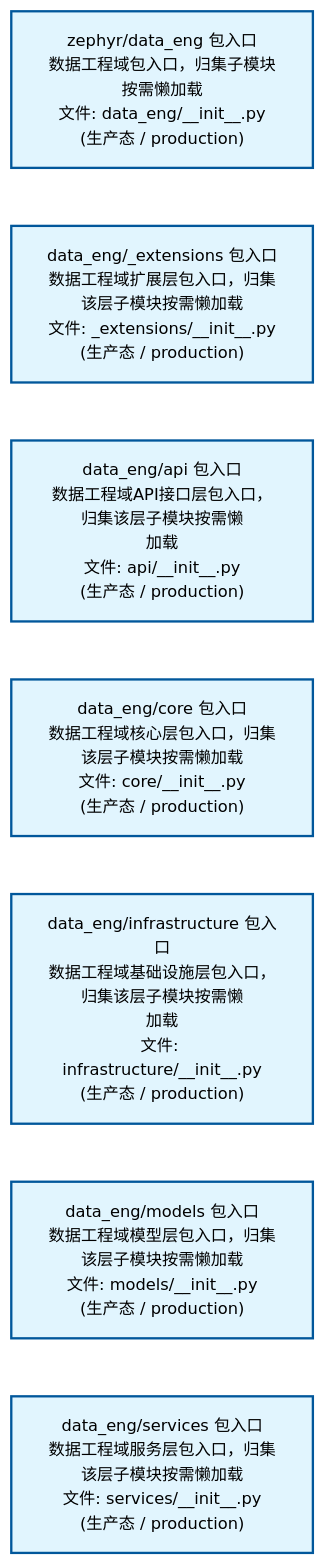
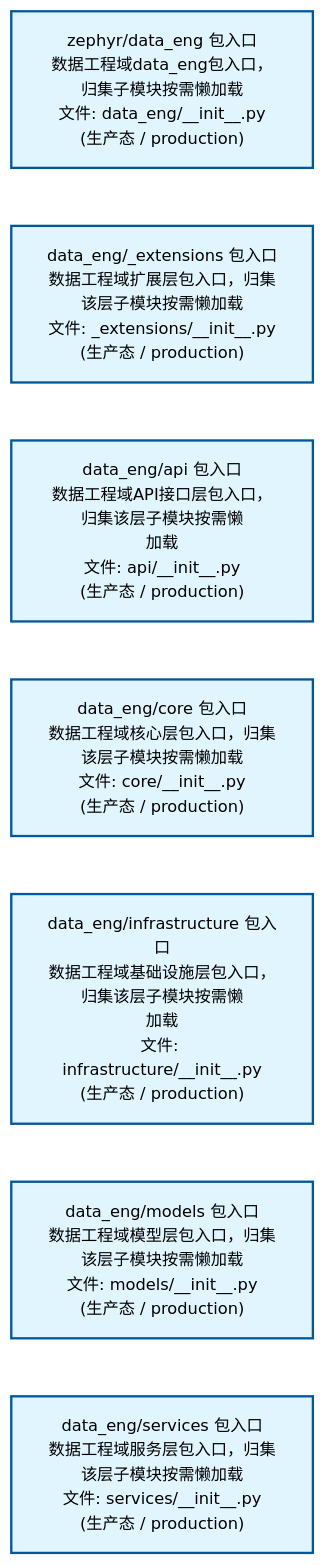
The first of 2 diagrams in docs/02_enterprise_architecture/02_domain_architecture_docs/12_d_data_eng.md (xuanFelixVan/ZephyrAlpha), drawn with Mermaid before and after one commit. The commit also changed other lines of this file and 60 other files, not shown here.

````diff
--- a/docs/02_enterprise_architecture/02_domain_architecture_docs/12_d_data_eng.md
+++ b/docs/02_enterprise_architecture/02_domain_architecture_docs/12_d_data_eng.md
@@ -53,22 +53,22 @@
 ```mermaid
 %%{init: {'theme': 'base', 'themeVariables': {'primaryColor': '#eaeaea', 'primaryTextColor': '#333333', 'primaryBorderColor': '#666666', 'lineColor': '#666666', 'secondaryColor': '#eaeaea', 'tertiaryColor': '#eaeaea', 'fontSize': '14px'}}}%%
 flowchart TD
-    src_zephyr_data_eng_init_py["zephyr/data_eng 包入口<br/>数据工程域包入口，归集子模块按需懒加载<br/>文件: data_eng/__init__.py<br/>(生产态 / production)"]
+    src_zephyr_data_eng_init_py["zephyr/data_eng 包入口<br/>数据工程域data_eng包入口，归集子模块按需懒加载<br/>文件: data_eng/__init__.py<br/>(生产态 / production)"]
     src_zephyr_data_eng_extensions_init_py["data_eng/_extensions 包入口<br/>数据工程域扩展层包入口，归集该层子模块按需懒加载<br/>文件: _extensions/__init__.py<br/>(生产态 / production)"]
     src_zephyr_data_eng_api_init_py["data_eng/api 包入口<br/>数据工程域API接口层包入口，归集该层子模块按需懒<br/>加载<br/>文件: api/__init__.py<br/>(生产态 / production)"]
     src_zephyr_data_eng_core_init_py["data_eng/core 包入口<br/>数据工程域核心层包入口，归集该层子模块按需懒加载<br/>文件: core/__init__.py<br/>(生产态 / production)"]
     src_zephyr_data_eng_infrastructure_init_py["data_eng/infrastructure 包入口<br/>数据工程域基础设施层包入口，归集该层子模块按需懒<br/>加载<br/>文件: infrastructure/__init__.py<br/>(生产态 / production)"]
     src_zephyr_data_eng_models_init_py["data_eng/models 包入口<br/>数据工程域模型层包入口，归集该层子模块按需懒加载<br/>文件: models/__init__.py<br/>(生产态 / production)"]
     src_zephyr_data_eng_services_init_py["data_eng/services 包入口<br/>数据工程域服务层包入口，归集该层子模块按需懒加载<br/>文件: services/__init__.py<br/>(生产态 / production)"]
     src_zephyr_data_eng_init_py ~~~ src_zephyr_data_eng_extensions_init_py
     src_zephyr_data_eng_extensions_init_py ~~~ src_zephyr_data_eng_api_init_py
     src_zephyr_data_eng_api_init_py ~~~ src_zephyr_data_eng_core_init_py
     src_zephyr_data_eng_core_init_py ~~~ src_zephyr_data_eng_infrastructure_init_py
     src_zephyr_data_eng_infrastructure_init_py ~~~ src_zephyr_data_eng_models_init_py
     src_zephyr_data_eng_models_init_py ~~~ src_zephyr_data_eng_services_init_py
     classDef production fill:#e1f5fe,stroke:#01579b,stroke-width:2px,color:#000
     classDef design fill:#fff3e0,stroke:#e65100,stroke-width:2px,color:#000,stroke-dasharray: 5 5
     classDef external_prod fill:#e8f4fd,stroke:#0277bd,stroke-width:1px,color:#000
     classDef external_design fill:#fff8e7,stroke:#ef6c00,stroke-width:1px,color:#000,stroke-dasharray: 5 5
     class src_zephyr_data_eng_init_py,src_zephyr_data_eng_extensions_init_py,src_zephyr_data_eng_api_init_py,src_zephyr_data_eng_core_init_py,src_zephyr_data_eng_infrastructure_init_py,src_zephyr_data_eng_models_init_py,src_zephyr_data_eng_services_init_py production
 ```
````
